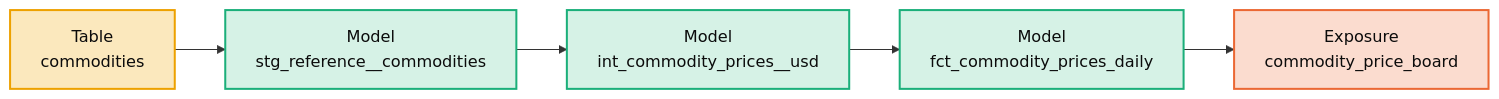
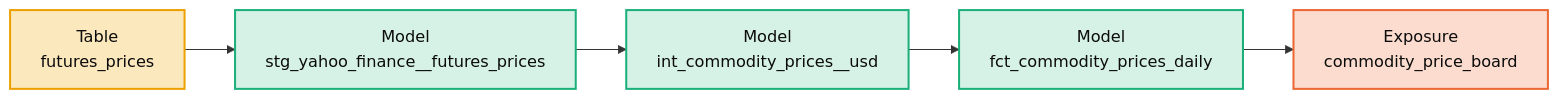
Before and after one commit to Atomz-org/data-platform: the second of 3 diagrams in groups/commodity/projects/commodity-india/kg/architecture.md, drawn with Mermaid. The commit also changed other lines of this file and 4 other files, not shown here.

First line of the commit message:
Regenerate India's graph, MDL, catalogue and otop manifest

````diff
--- a/groups/commodity/projects/commodity-india/kg/architecture.md
+++ b/groups/commodity/projects/commodity-india/kg/architecture.md
@@ -54,12 +54,12 @@
 ```mermaid
 flowchart LR
-    X0["Table<br/>commodities"]:::raw
-    X1["Model<br/>stg_reference__commodities"]:::model
+    X0["Table<br/>futures_prices"]:::raw
+    X1["Model<br/>stg_yahoo_finance__futures_prices"]:::model
     X2["Model<br/>int_commodity_prices__usd"]:::model
     X3["Model<br/>fct_commodity_prices_daily"]:::model
     X4["Exposure<br/>commodity_price_board"]:::exposure
     X0 --> X1 --> X2 --> X3 --> X4
     classDef exposure fill:#fbdccf,stroke:#eb6834,stroke-width:2px,color:#0b0b0b
     classDef model fill:#d6f2e6,stroke:#1baf7a,stroke-width:2px,color:#0b0b0b
     classDef raw fill:#fbe8bd,stroke:#eda100,stroke-width:2px,color:#0b0b0b
 ```
````
